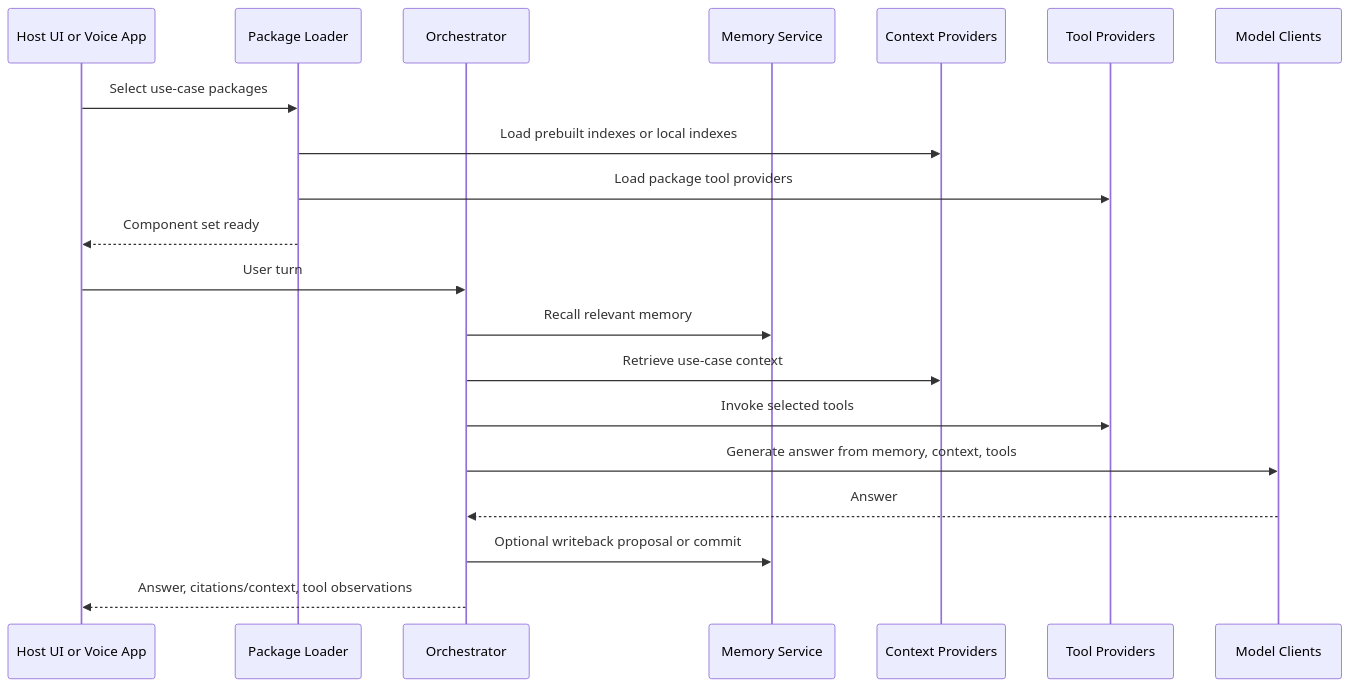
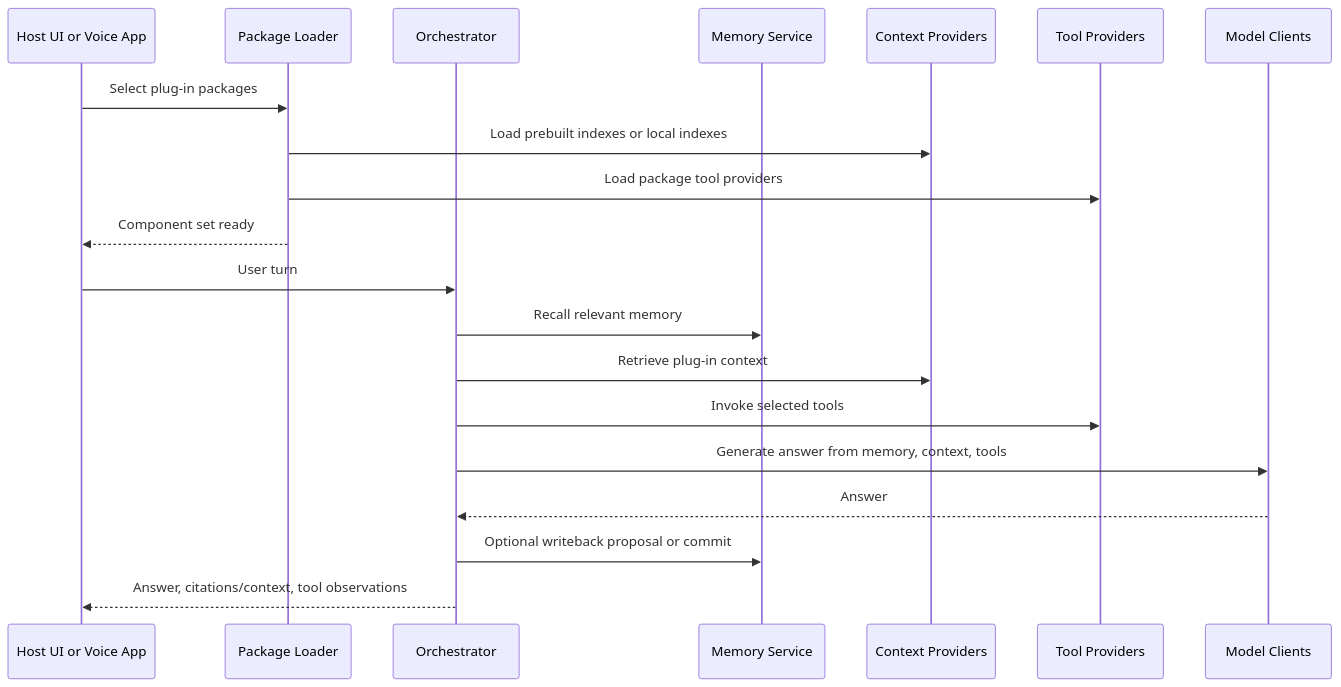
One commit to fwaris/FsVoice changed the diagram in diagrams/seq1.mmd. Above: the diagram before and after it, drawn with Mermaid. The commit also changed 75 other files, not shown here.

Commit message:
Evolve FsVoice platform architecture

```diff
--- a/diagrams/seq1.mmd
+++ b/diagrams/seq1.mmd
@@ -1,22 +1,22 @@
 sequenceDiagram
     participant UI as Host UI or Voice App
     participant Loader as Package Loader
     participant Orch as Orchestrator
     participant Mem as Memory Service
     participant Ctx as Context Providers
     participant Tool as Tool Providers
     participant LLM as Model Clients
 
-    UI->>Loader: Select use-case packages
+    UI->>Loader: Select plug-in packages
     Loader->>Ctx: Load prebuilt indexes or local indexes
     Loader->>Tool: Load package tool providers
     Loader-->>UI: Component set ready
 
     UI->>Orch: User turn
     Orch->>Mem: Recall relevant memory
-    Orch->>Ctx: Retrieve use-case context
+    Orch->>Ctx: Retrieve plug-in context
     Orch->>Tool: Invoke selected tools
     Orch->>LLM: Generate answer from memory, context, tools
     LLM-->>Orch: Answer
     Orch->>Mem: Optional writeback proposal or commit
     Orch-->>UI: Answer, citations/context, tool observations
```
